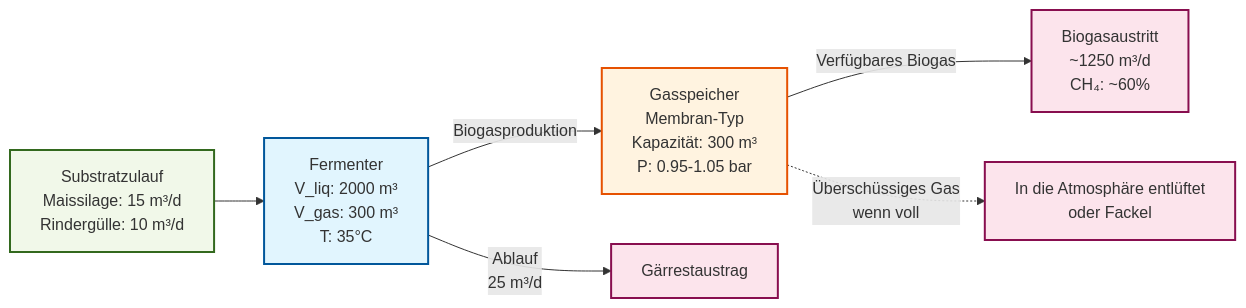
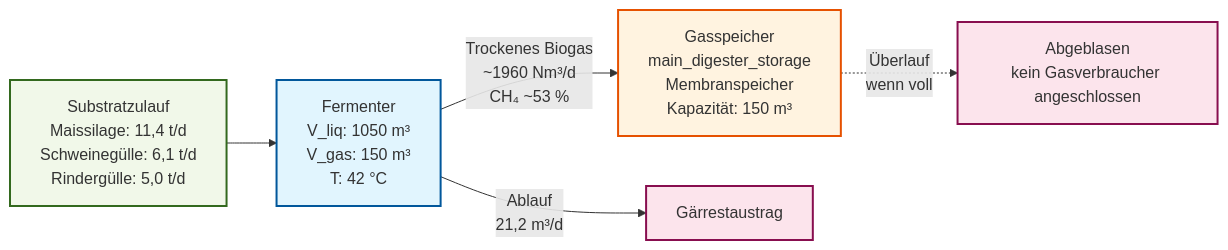
Before and after one commit to dgaida/PyADM1ODE: the diagram in docs/de/examples/basic_digester.md, drawn with Mermaid. The commit also changed other lines of this file and 181 other files, not shown here.

````diff
--- a/docs/de/examples/basic_digester.md
+++ b/docs/de/examples/basic_digester.md
@@ -9,31 +15,28 @@
 ```mermaid
 graph LR
     %% Substratzulauf
-    Feed[Substratzulauf<br/>Maissilage: 15 m³/d<br/>Rindergülle: 10 m³/d] --> Digester
+    Feed[Substratzulauf<br/>Maissilage: 11,4 t/d<br/>Schweinegülle: 6,1 t/d<br/>Rindergülle: 5,0 t/d] --> Digester
 
     %% Hauptfermenter
-    Digester[Fermenter<br/>V_liq: 2000 m³<br/>V_gas: 300 m³<br/>T: 35°C]
+    Digester[Fermenter<br/>V_liq: 1050 m³<br/>V_gas: 150 m³<br/>T: 42 °C]
 
-    %% Integrierter Gasspeicher
-    Digester -->|Biogasproduktion| Storage[Gasspeicher<br/>Membran-Typ<br/>Kapazität: 300 m³<br/>P: 0.95-1.05 bar]
+    %% Gasspeicher als eigene Komponente
+    Digester -->|Trockenes Biogas<br/>~1960 Nm³/d<br/>CH₄ ~53 %| Storage[Gasspeicher<br/>main_digester_storage<br/>Membranspeicher<br/>Kapazität: 150 m³]
 
-    %% Biogasaustritt
-    Storage -->|Verfügbares Biogas| Output[Biogasaustritt<br/>~1250 m³/d<br/>CH₄: ~60%]
-
-    %% Notentlüftung
-    Storage -.->|Überschüssiges Gas<br/>wenn voll| Vent[In die Atmosphäre entlüftet<br/>oder Fackel]
+    %% Kein Gasverbraucher in diesem Beispiel
+    Storage -.->|Überlauf<br/>wenn voll| Vent[Abgeblasen<br/>kein Gasverbraucher angeschlossen]
 
     %% Ablauf
-    Digester -->|Ablauf<br/>25 m³/d| Effluent[Gärrestaustrag]
+    Digester -->|Ablauf<br/>21,2 m³/d| Effluent[Gärrestaustrag]
 
     %% Styling
     classDef processBox fill:#e1f5fe,stroke:#01579b,stroke-width:2px
     classDef storageBox fill:#fff3e0,stroke:#e65100,stroke-width:2px
     classDef inputBox fill:#f1f8e9,stroke:#33691e,stroke-width:2px
     classDef outputBox fill:#fce4ec,stroke:#880e4f,stroke-width:2px
 
     class Digester processBox
     class Storage storageBox
     class Feed inputBox
-    class Output,Effluent,Vent outputBox
+    class Effluent,Vent outputBox
 ```
````
